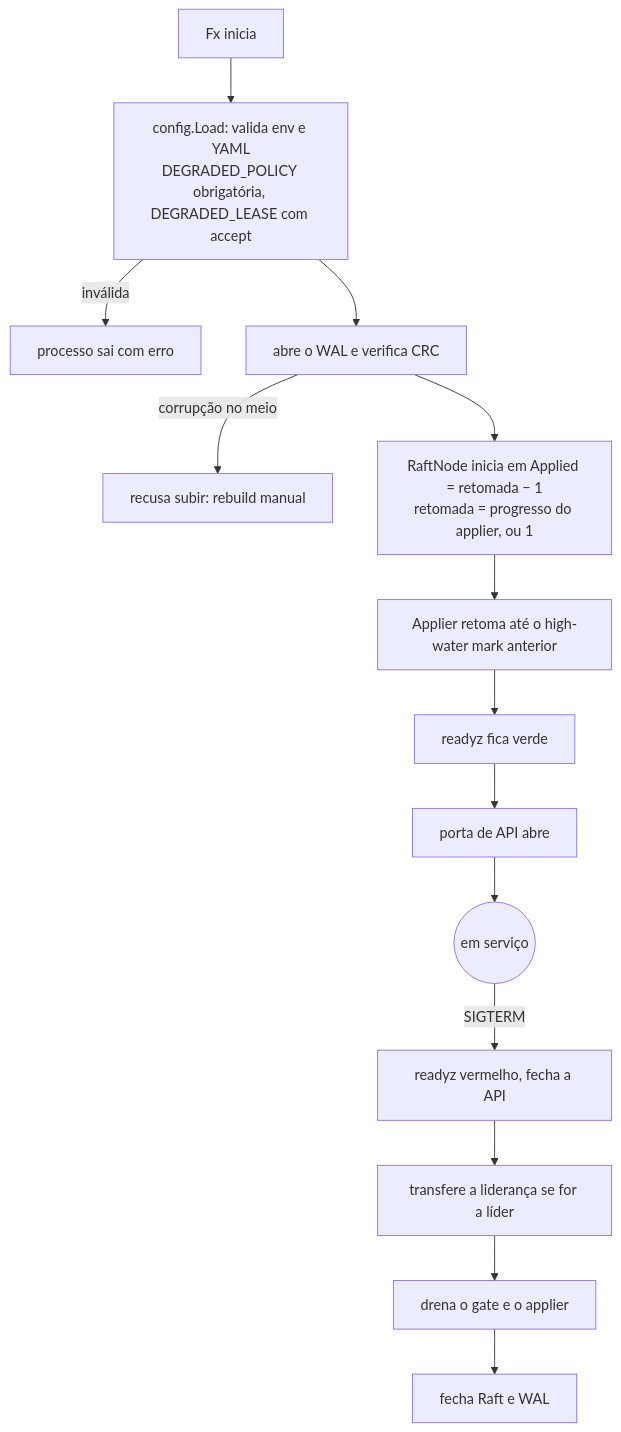
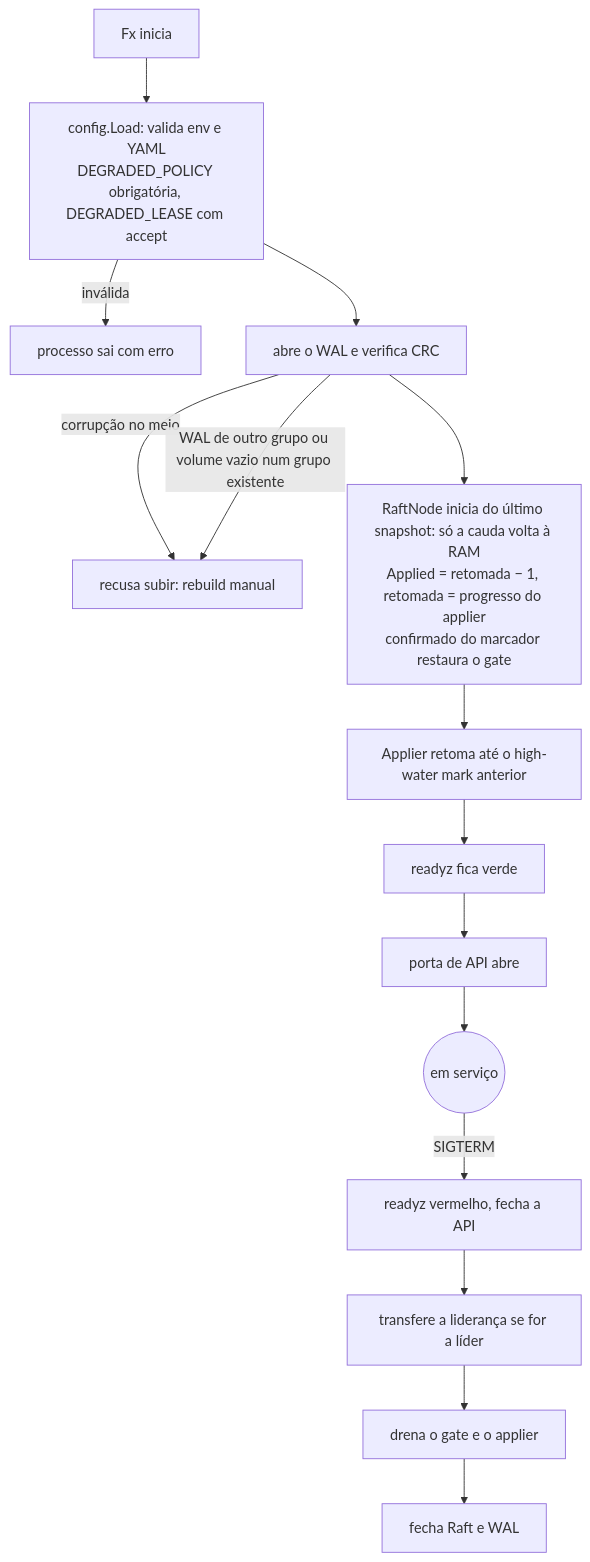
One commit to brbarmex/k changed the sixth of 10 diagrams in doc/05_implementacao/02_desenho_e_diagramas.md. Above: the diagram before and after it, drawn with Mermaid. The commit also changed other lines of this file and 70 other files, not shown here.

First line of the commit message:
doc: compactação do log do Raft no estado atual e nos diagramas D02, D04 e D06; site e documento único regerados

````diff
--- a/doc/05_implementacao/02_desenho_e_diagramas.md
+++ b/doc/05_implementacao/02_desenho_e_diagramas.md
@@ -204,16 +207,17 @@
 ```mermaid
 flowchart TD
     A["Fx inicia"] --> B["config.Load: valida env e YAML<br/>DEGRADED_POLICY obrigatória, DEGRADED_LEASE com accept"]
     B -->|inválida| X["processo sai com erro"]
     B --> C["abre o WAL e verifica CRC"]
     C -->|corrupção no meio| Y["recusa subir: rebuild manual"]
-    C --> D["RaftNode inicia em Applied = retomada − 1<br/>retomada = progresso do applier, ou 1"]
+    C -->|"WAL de outro grupo ou volume vazio num grupo existente"| Y
+    C --> D["RaftNode inicia do último snapshot: só a cauda volta à RAM<br/>Applied = retomada − 1, retomada = progresso do applier<br/>confirmado do marcador restaura o gate"]
     D --> E["Applier retoma até o high-water mark anterior"]
     E --> F["readyz fica verde"]
     F --> G["porta de API abre"]
     G --> H(("em serviço"))
     H -->|SIGTERM| I["readyz vermelho, fecha a API"]
     I --> J["transfere a liderança se for a líder"]
     J --> K["drena o gate e o applier"]
     K --> L["fecha Raft e WAL"]
 ```
````
